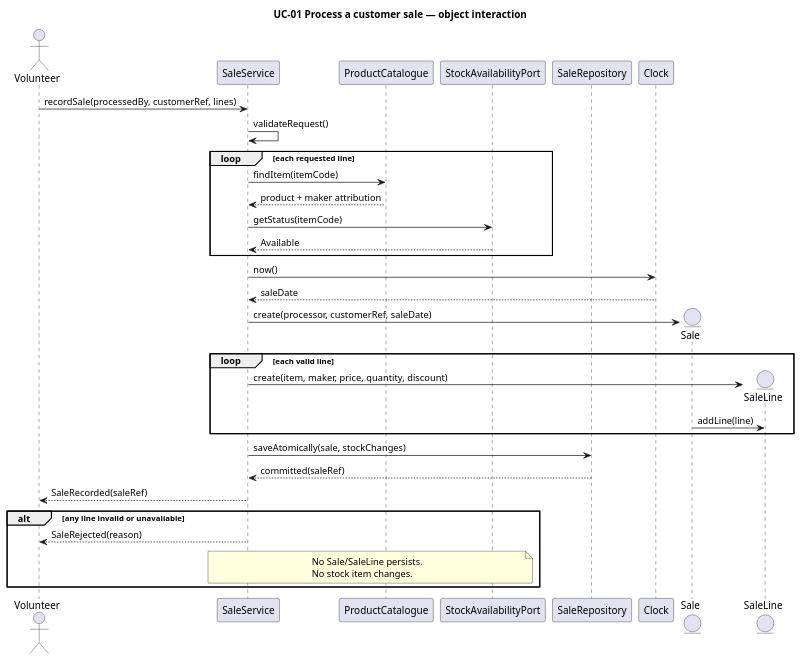
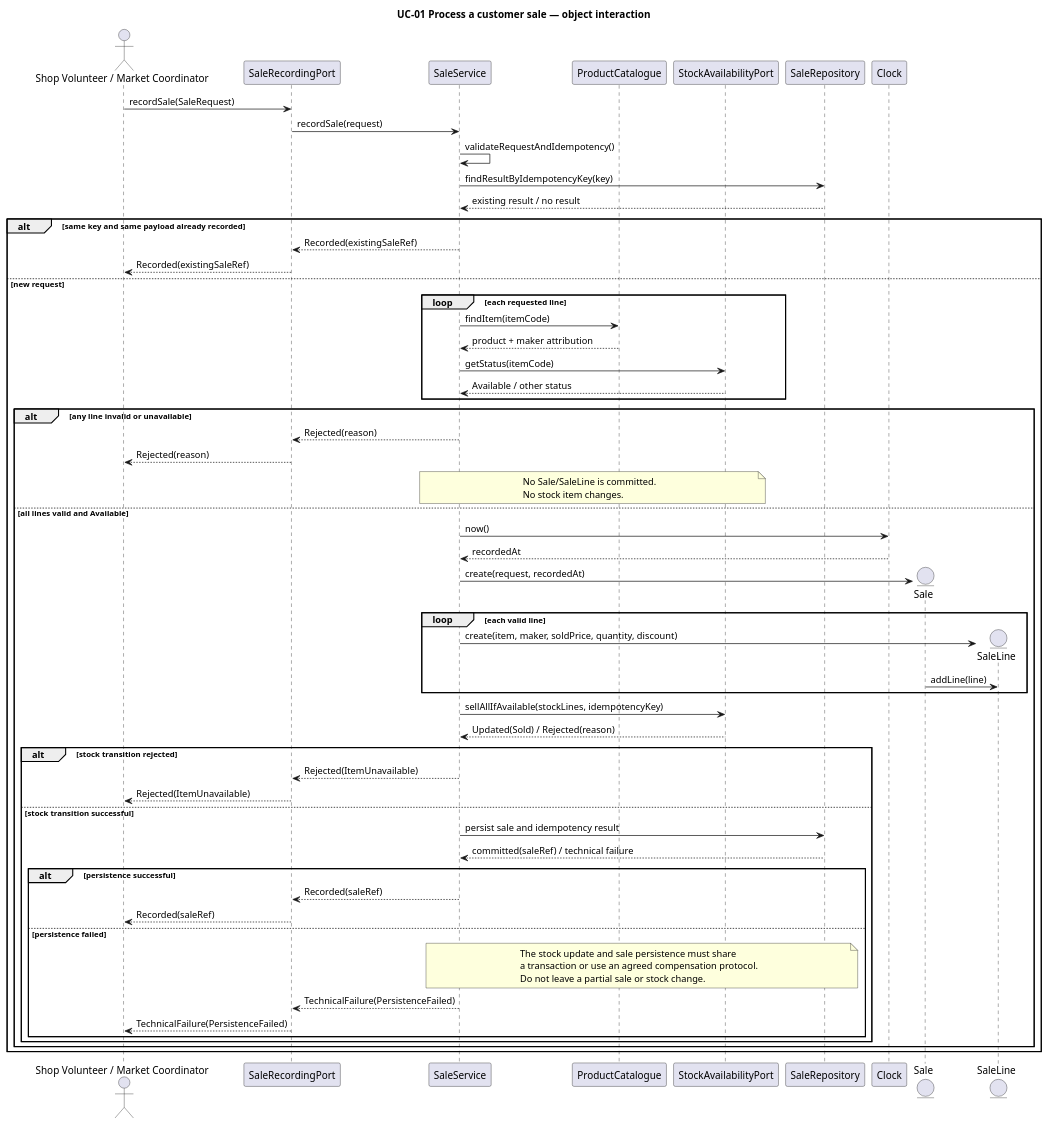
The diagram in ca2-analysis/slices/slice-4/sequence/sequence.puml (Mykola-Rubliuk/LocalCraftMarketplace), drawn with PlantUML before and after one commit. The commit also changed 9 other files, not shown here.

Commit message:
Align reservation and customer sale slice designs

```diff
--- a/ca2-analysis/slices/slice-4/sequence/sequence.puml
+++ b/ca2-analysis/slices/slice-4/sequence/sequence.puml
@@ -1,40 +1,71 @@
 @startuml
 title UC-01 Process a customer sale — object interaction
-actor Volunteer
+
+actor "Shop Volunteer / Market Coordinator" as Processor
+participant SaleRecordingPort as Port
 participant SaleService
 participant ProductCatalogue as Catalogue
 participant StockAvailabilityPort as Stock
 participant SaleRepository as Repo
 participant Clock
 entity Sale
 entity SaleLine
 
-Volunteer -> SaleService: recordSale(processedBy, customerRef, lines)
-SaleService -> SaleService: validateRequest()
-loop each requested line
-  SaleService -> Catalogue: findItem(itemCode)
-  Catalogue --> SaleService: product + maker attribution
-  SaleService -> Stock: getStatus(itemCode)
-  Stock --> SaleService: Available
-end
-SaleService -> Clock: now()
-Clock --> SaleService: saleDate
-create Sale
-SaleService -> Sale: create(processor, customerRef, saleDate)
-loop each valid line
-  create SaleLine
-  SaleService -> SaleLine: create(item, maker, price, quantity, discount)
-  Sale -> SaleLine: addLine(line)
-end
-SaleService -> Repo: saveAtomically(sale, stockChanges)
-Repo --> SaleService: committed(saleRef)
-SaleService --> Volunteer: SaleRecorded(saleRef)
+Processor -> Port: recordSale(SaleRequest)
+Port -> SaleService: recordSale(request)
+SaleService -> SaleService: validateRequestAndIdempotency()
+SaleService -> Repo: findResultByIdempotencyKey(key)
+Repo --> SaleService: existing result / no result
 
-alt any line invalid or unavailable
-  SaleService --> Volunteer: SaleRejected(reason)
-  note over SaleService,Stock
-    No Sale/SaleLine persists.
-    No stock item changes.
-  end note
+alt same key and same payload already recorded
+  SaleService --> Port: Recorded(existingSaleRef)
+  Port --> Processor: Recorded(existingSaleRef)
+else new request
+  loop each requested line
+    SaleService -> Catalogue: findItem(itemCode)
+    Catalogue --> SaleService: product + maker attribution
+    SaleService -> Stock: getStatus(itemCode)
+    Stock --> SaleService: Available / other status
+  end
+
+  alt any line invalid or unavailable
+    SaleService --> Port: Rejected(reason)
+    Port --> Processor: Rejected(reason)
+    note over SaleService,Stock
+      No Sale/SaleLine is committed.
+      No stock item changes.
+    end note
+  else all lines valid and Available
+    SaleService -> Clock: now()
+    Clock --> SaleService: recordedAt
+    create Sale
+    SaleService -> Sale: create(request, recordedAt)
+    loop each valid line
+      create SaleLine
+      SaleService -> SaleLine: create(item, maker, soldPrice, quantity, discount)
+      Sale -> SaleLine: addLine(line)
+    end
+    SaleService -> Stock: sellAllIfAvailable(stockLines, idempotencyKey)
+    Stock --> SaleService: Updated(Sold) / Rejected(reason)
+    alt stock transition rejected
+      SaleService --> Port: Rejected(ItemUnavailable)
+      Port --> Processor: Rejected(ItemUnavailable)
+    else stock transition successful
+      SaleService -> Repo: persist sale and idempotency result
+      Repo --> SaleService: committed(saleRef) / technical failure
+      alt persistence successful
+        SaleService --> Port: Recorded(saleRef)
+        Port --> Processor: Recorded(saleRef)
+      else persistence failed
+        note over SaleService,Repo
+          The stock update and sale persistence must share
+          a transaction or use an agreed compensation protocol.
+          Do not leave a partial sale or stock change.
+        end note
+        SaleService --> Port: TechnicalFailure(PersistenceFailed)
+        Port --> Processor: TechnicalFailure(PersistenceFailed)
+      end
+    end
+  end
 end
 @enduml
```
